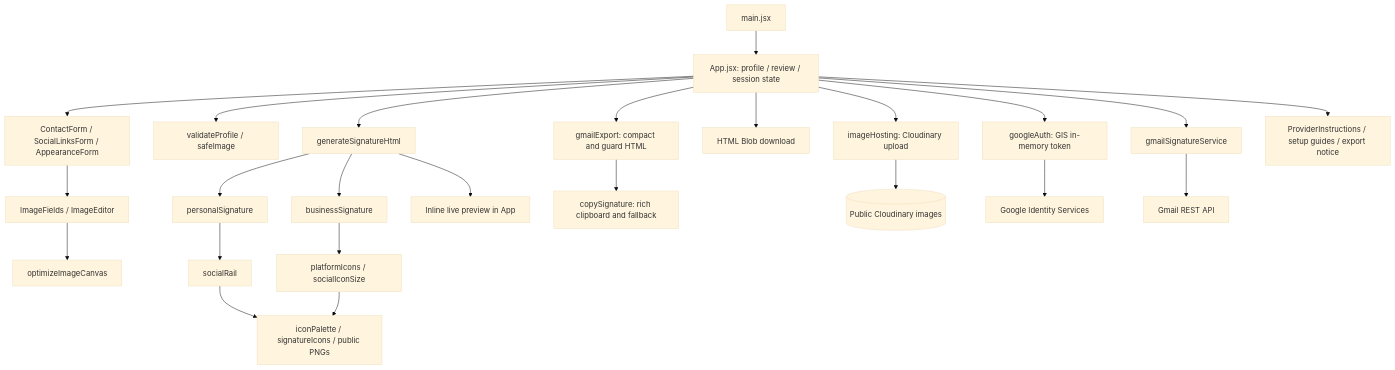
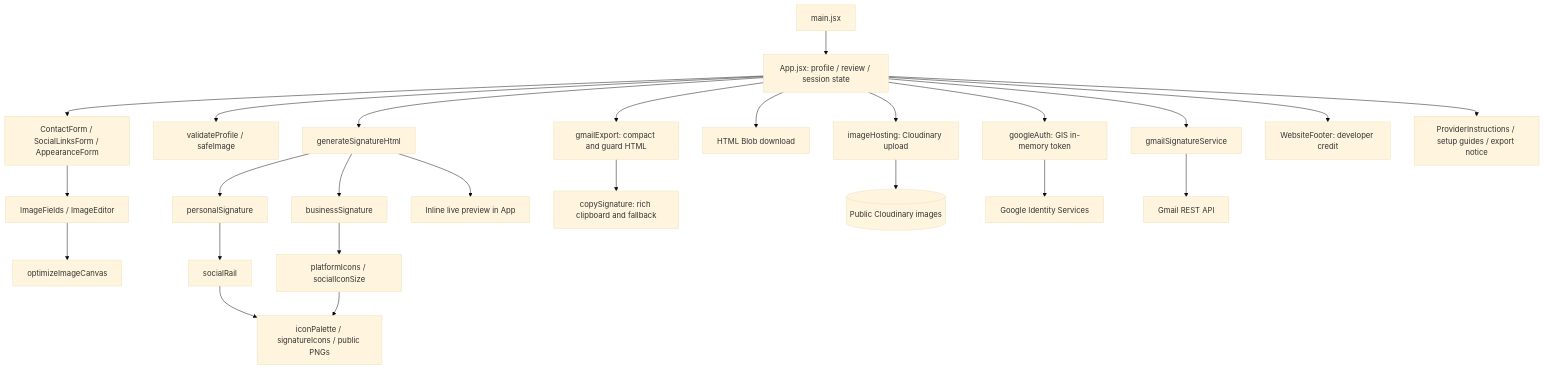
One commit to zimilinganii/email-signature changed the diagram in docs/architecture.md. Above: the diagram before and after it, drawn with Mermaid (base theme). The commit also changed other lines of this file and 4 other files, not shown here.

Commit message:
Add website-only developer footer credit

````diff
--- a/docs/architecture.md
+++ b/docs/architecture.md
@@ -7,26 +7,27 @@
 ```mermaid
 flowchart TD
   Main[main.jsx] --> App[App.jsx: profile / review / session state]
   App --> Forms[ContactForm / SocialLinksForm / AppearanceForm]
   Forms --> ImageEditor[ImageFields / ImageEditor]
   ImageEditor --> Optimizer[optimizeImageCanvas]
   App --> Validate[validateProfile / safeImage]
   App --> Generate[generateSignatureHtml]
   Generate --> Personal[personalSignature]
   Generate --> Business[businessSignature]
   Personal --> Rail[socialRail]
   Business --> Layout[platformIcons / socialIconSize]
   Rail --> Assets[iconPalette / signatureIcons / public PNGs]
   Layout --> Assets
   Generate --> Preview[Inline live preview in App]
   App --> Export[gmailExport: compact and guard HTML]
   Export --> Clipboard[copySignature: rich clipboard and fallback]
   App --> Download[HTML Blob download]
   App --> Hosting[imageHosting: Cloudinary upload]
   Hosting --> Cloud[(Public Cloudinary images)]
   App --> Auth[googleAuth: GIS in-memory token]
   Auth --> Google[Google Identity Services]
   App --> Gmail[gmailSignatureService]
   Gmail --> API[Gmail REST API]
+  App --> Footer[WebsiteFooter: developer credit]
   App --> Guides[ProviderInstructions / setup guides / export notice]
 ```
````
